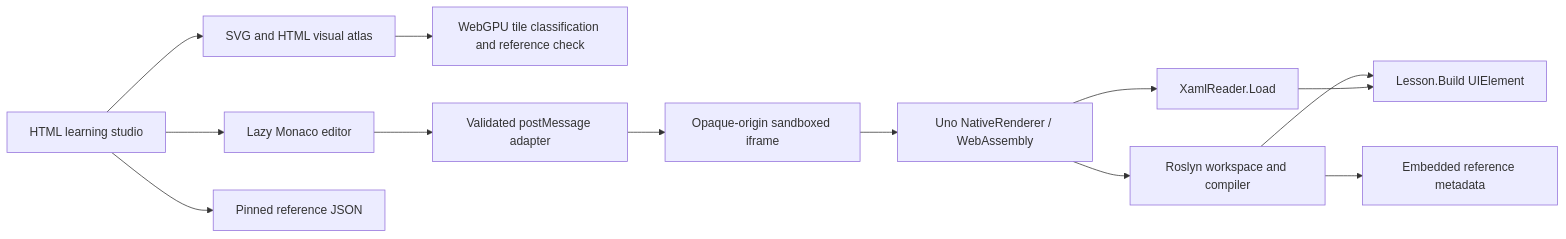
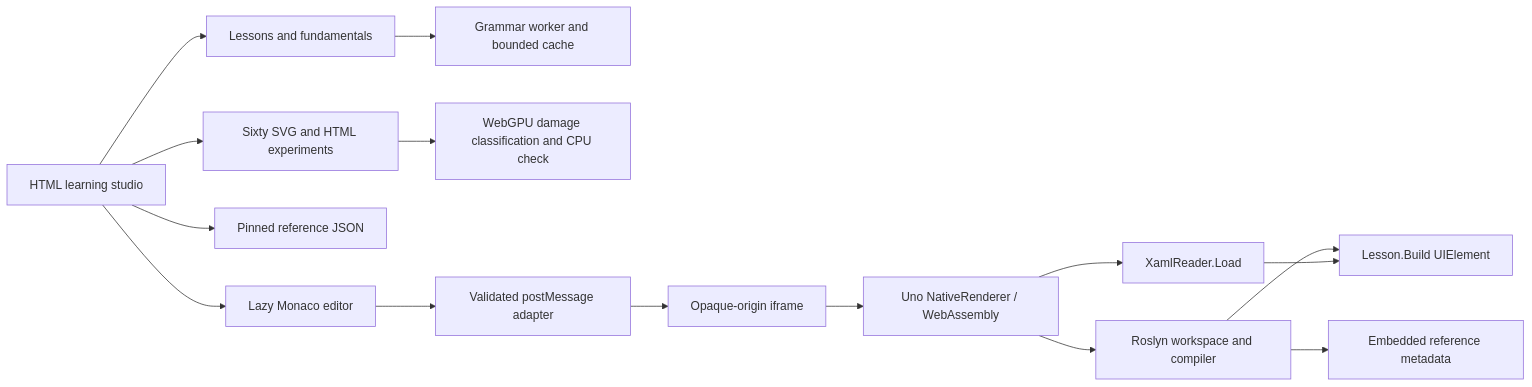
Before and after one commit to wieslawsoltes/LearnUno: the diagram in docs/architecture.md, drawn with Mermaid. The commit also changed other lines of this file and 44 other files, not shown here.

First line of the commit message:
feat: ship lesson-specific visual atlas, deeper fundamentals and code coloring

````diff
--- a/docs/architecture.md
+++ b/docs/architecture.md
@@ -5,15 +5,17 @@
 ```mermaid
 flowchart LR
-  Course[HTML learning studio] --> Editor[Lazy Monaco editor]
-  Course --> Models[SVG and HTML visual atlas]
-  Models --> GPU[WebGPU tile classification and reference check]
+  Course[HTML learning studio] --> Reading[Lessons and fundamentals]
+  Reading --> Coloring[Grammar worker and bounded cache]
+  Course --> Models[Sixty SVG and HTML experiments]
+  Models --> GPU[WebGPU damage classification and CPU check]
   Course --> Library[Pinned reference JSON]
+  Course --> Editor[Lazy Monaco editor]
   Editor --> Adapter[Validated postMessage adapter]
-  Adapter --> Frame[Opaque-origin sandboxed iframe]
+  Adapter --> Frame[Opaque-origin iframe]
   Frame --> Uno[Uno NativeRenderer / WebAssembly]
   Uno --> Xaml[XamlReader.Load]
   Uno --> Roslyn[Roslyn workspace and compiler]
   Roslyn --> Metadata[Embedded reference metadata]
   Roslyn --> View[Lesson.Build UIElement]
   Xaml --> View
 ```
````
